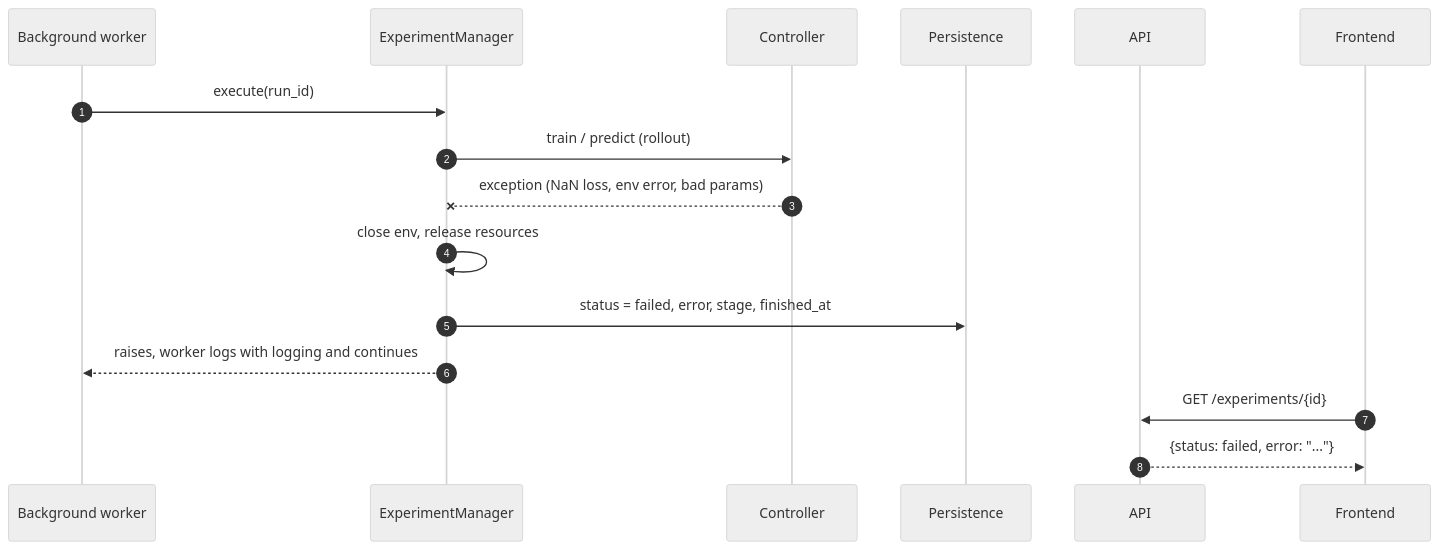
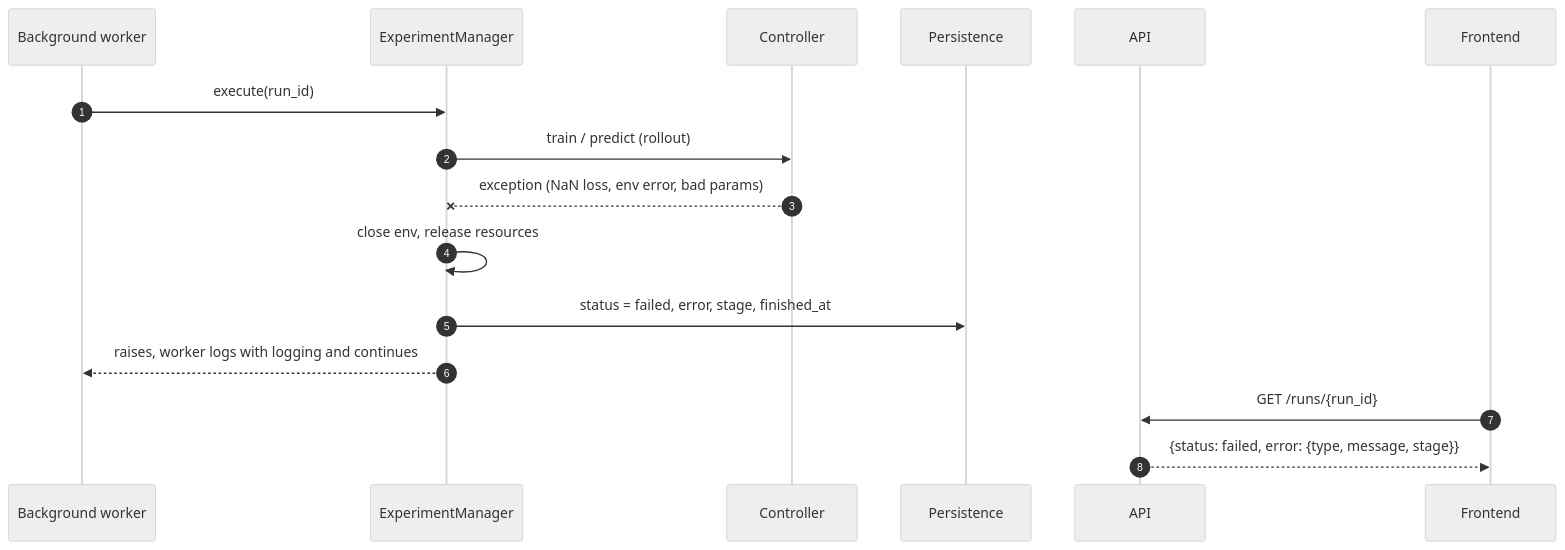
One commit to AnishKharat/RL-simulation-platform changed the third of 3 diagrams in docs/architecture/sequence-run-experiment.md. Above: the diagram before and after it, drawn with Mermaid (neutral theme). The commit also changed other lines of this file and 5 other files, not shown here.

````diff
--- a/docs/architecture/sequence-run-experiment.md
+++ b/docs/architecture/sequence-run-experiment.md
@@ -96,19 +96,19 @@
 ```mermaid
 sequenceDiagram
     autonumber
     participant W as Background worker
     participant EM as ExperimentManager
     participant CTL as Controller
     participant DB as Persistence
     participant API as API
     participant FE as Frontend
 
     W->>EM: execute(run_id)
     EM->>CTL: train / predict (rollout)
     CTL--xEM: exception (NaN loss, env error, bad params)
     EM->>EM: close env, release resources
     EM->>DB: status = failed, error, stage, finished_at
     EM-->>W: raises, worker logs with logging and continues
-    FE->>API: GET /experiments/{id}
-    API-->>FE: {status: failed, error: "..."}
+    FE->>API: GET /runs/{run_id}
+    API-->>FE: {status: failed, error: {type, message, stage}}
 ```
````
